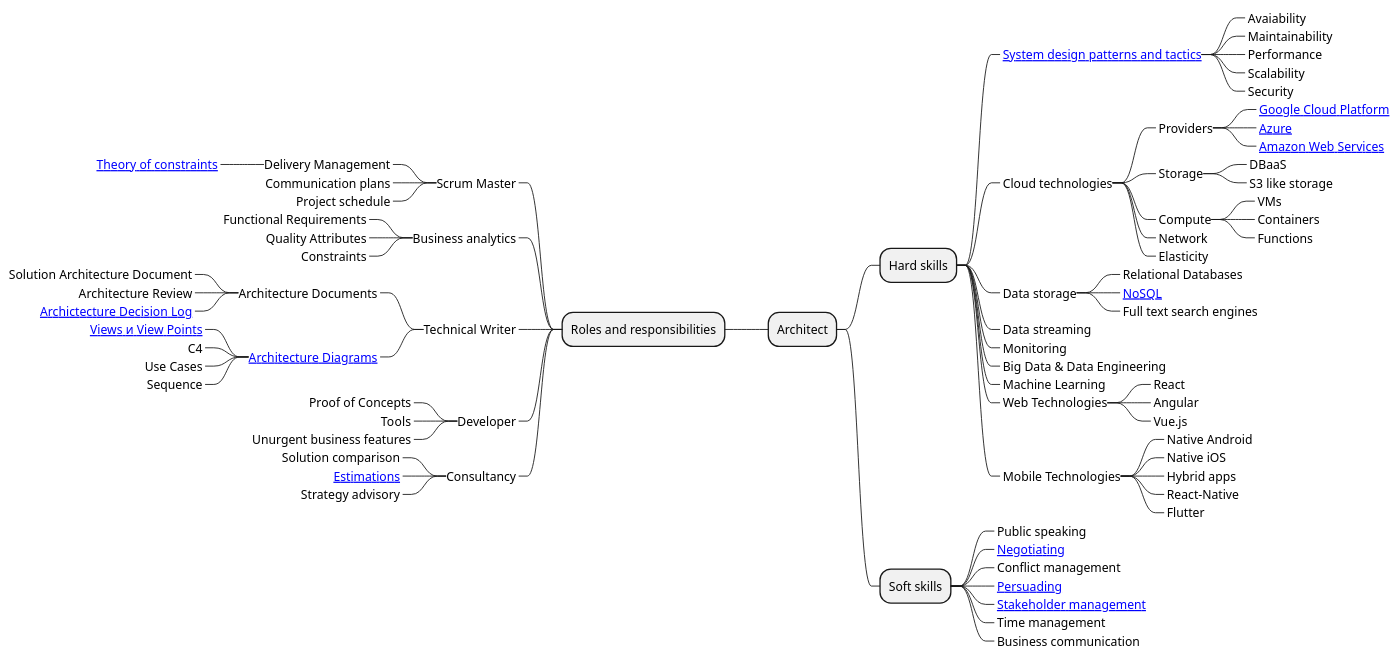
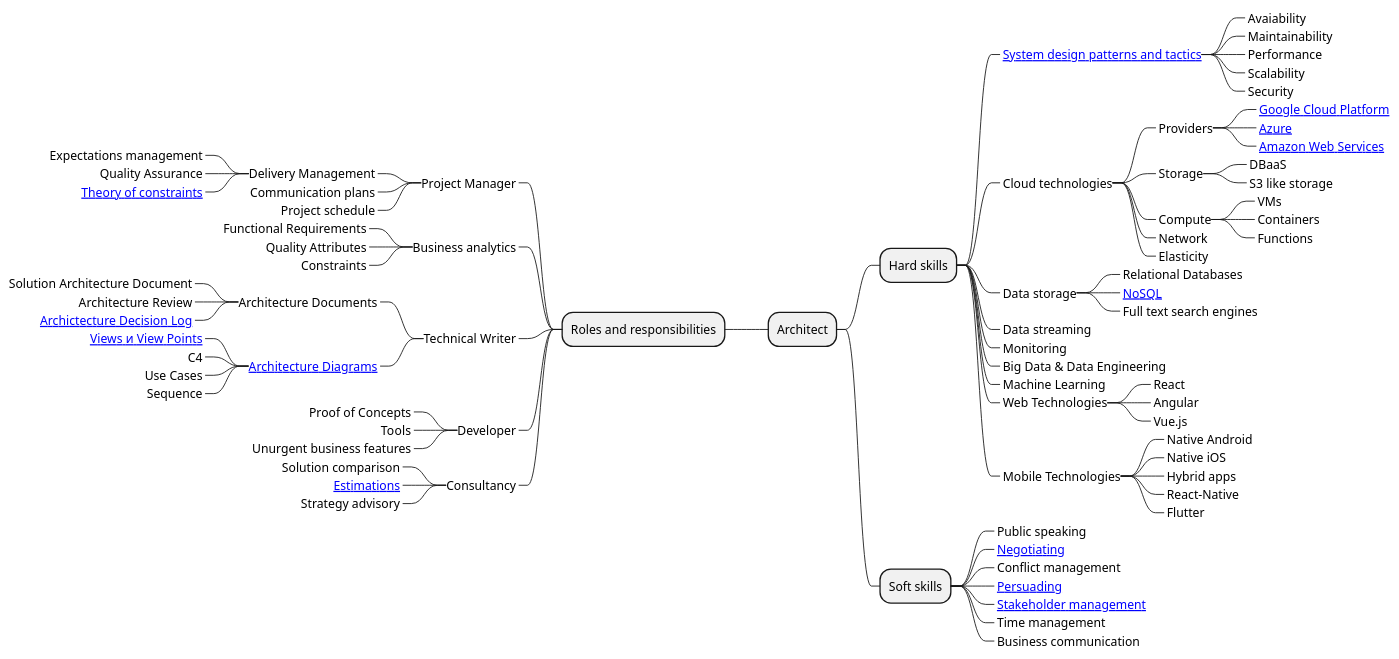
The diagram in roadmap-en.puml (vvsevolodovich/solution-architect-roadmap), drawn with PlantUML before and after one commit.

Commit message:
Add quality assurance

```diff
--- a/roadmap-en.puml
+++ b/roadmap-en.puml
@@ -1,87 +1,87 @@
 @startmindmap
 * Architect
 
-right side 
+right side
 
 ** Hard skills
 ***_ [[https://www.amazon.com/Software-Architecture-Practice-3rd-Engineering/dp/0321815734 System design patterns and tactics]]
 ****_ Avaiability
 ****_ Maintainability
 ****_ Performance
 ****_ Scalability
 ****_ Security
 ***_ Cloud technologies
 ****_ Providers
 *****_ [[https://cloud.google.com/gcp Google Cloud Platform]]
 *****_ [[https://azure.microsoft.com/en-us/ Azure]]
-*****_ [[https://aws.amazon.com/ Amazon Web Services]] 
+*****_ [[https://aws.amazon.com/ Amazon Web Services]]
 ****_ Storage
 *****_ DBaaS
 *****_ S3 like storage
 ****_ Compute
 *****_ VMs
 *****_ Containers
 *****_ Functions
 ****_ Network
 ****_ Elasticity
 ***_ Data storage
 ****_ Relational Databases
 ****_ [[https://martinfowler.com/books/nosql.html NoSQL]]
 ****_ Full text search engines
 ***_ Data streaming
 ***_ Monitoring
 ***_ Big Data & Data Engineering
 ***_ Machine Learning
 ***_ Web Technologies
 ****_ React
 ****_ Angular
 ****_ Vue.js
 ***_ Mobile Technologies
 ****_ Native Android
 ****_ Native iOS
 ****_ Hybrid apps
 ****_ React-Native
 ****_ Flutter
 
 ** Soft skills
 ***_ Public speaking
 ***_ [[https://www.coursera.org/learn/negotiation-skills Negotiating]]
 ***_ Conflict management
 ***_ [[https://www.youtube.com/watch?v=cFdCzN7RYbw Persuading]]
 ***_ [[https://www.amazon.com/Practical-Project-Stakeholder-Management-Comprehensive/dp/1549517929 Stakeholder management]]
 ***_ Time management
 ***_ Business communication
 
-left side 
+left side
 
 ** Roles and responsibilities
-***_ Scrum Master
+***_ Project Manager
 ****_ Delivery Management
+*****_ Expectations management
+*****_ Quality Assurance
 *****_ [[https://en.wikipedia.org/wiki/Theory_of_constraints Theory of constraints]]
 ****_ Communication plans
 ****_ Project schedule
 ***_ Business analytics
 ****_ Functional Requirements
 ****_ Quality Attributes
 ****_ Constraints
 ***_ Technical Writer
 ****_ Architecture Documents
 *****_ Solution Architecture Document
 *****_ Architecture Review
 *****_ [[https://github.com/joelparkerhenderson/architecture-decision-record Archictecture Decision Log]]
 ****_ [[https://vvsevolodovich.dev/5-diagrams-to-document-software-architecture/ Architecture Diagrams]]
 *****_ [[https://www.amazon.com/Documenting-Software-Architectures-Views-Beyond/dp/0321552687 Views и View Points]]
 *****_ C4
 *****_ Use Cases
 *****_ Sequence
 ***_ Developer
 ****_ Proof of Concepts
 ****_ Tools
 ****_ Unurgent business features
 ***_ Consultancy
 ****_ Solution comparison
 ****_ [[https://vvsevolodovich.dev/how-to-estimate-software-projects-chapter-1/ Estimations]]
 ****_ Strategy advisory
-
-
 @endmindmap
```
